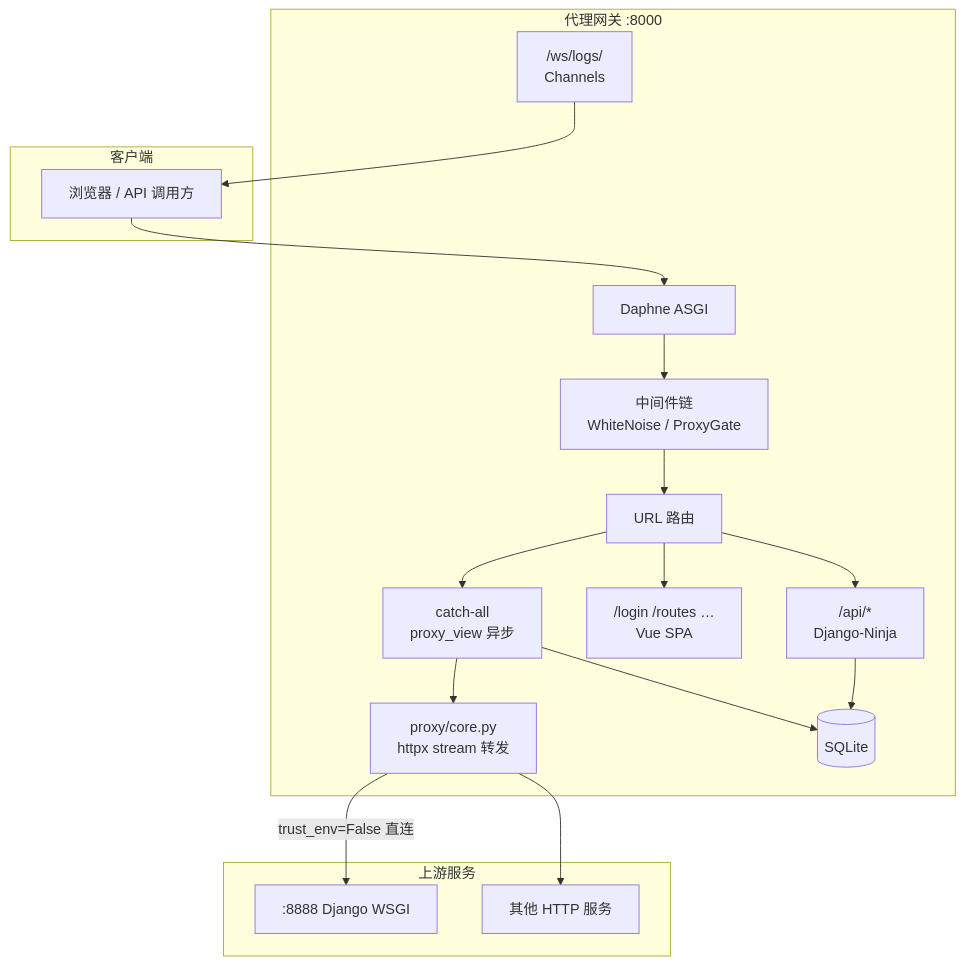
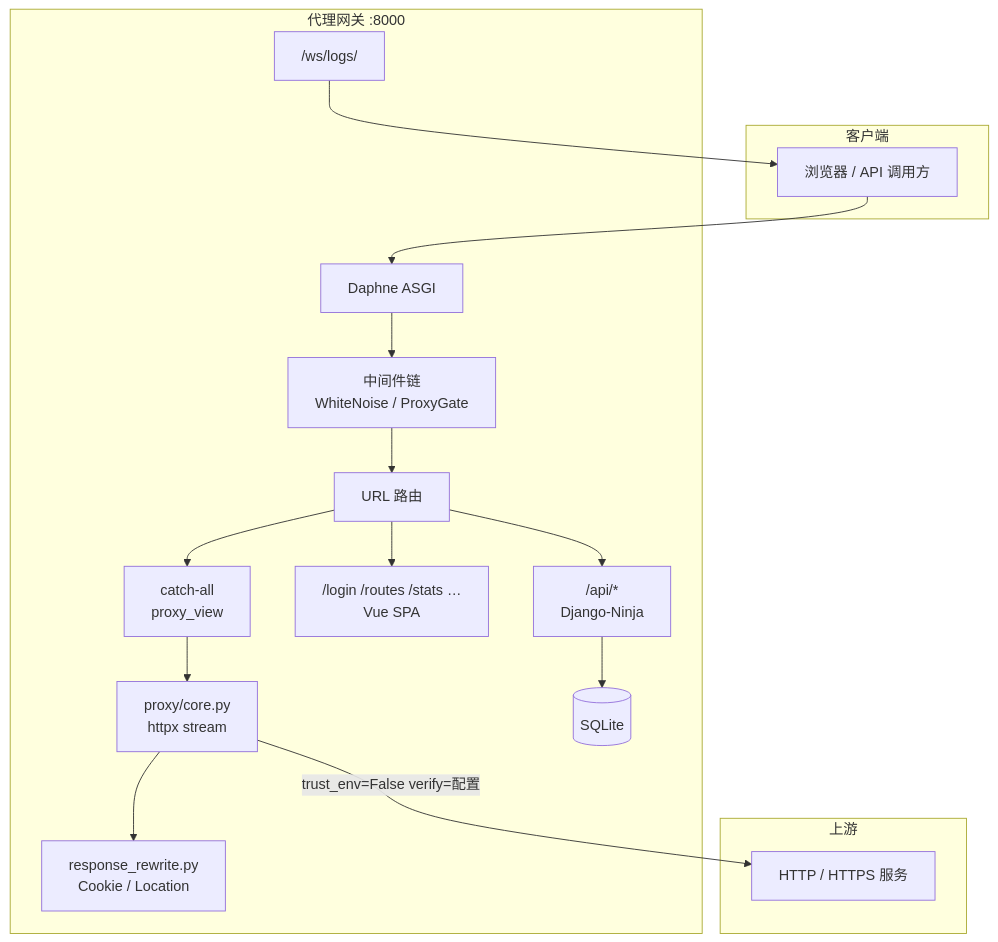
One commit to zhuddd/django_proxy changed the first of 2 diagrams in docs/项目文档.md. Above: the diagram before and after it, drawn with Mermaid. The commit also changed other lines of this file and 1 other file, not shown here.

````diff
--- a/docs/项目文档.md
+++ b/docs/项目文档.md
@@ -52,33 +55,31 @@
 ```mermaid
 flowchart TB
     subgraph Client["客户端"]
         Browser[浏览器 / API 调用方]
     end
 
     subgraph Gateway["代理网关 :8000"]
         Daphne[Daphne ASGI]
         MW[中间件链<br/>WhiteNoise / ProxyGate]
         URL[URL 路由]
         API["/api/*<br/>Django-Ninja"]
-        SPA["/login /routes …<br/>Vue SPA"]
-        Proxy["catch-all<br/>proxy_view 异步"]
-        Core[proxy/core.py<br/>httpx stream 转发]
+        SPA["/login /routes /stats …<br/>Vue SPA"]
+        Proxy["catch-all<br/>proxy_view"]
+        Core[proxy/core.py<br/>httpx stream]
+        Rewrite[response_rewrite.py<br/>Cookie / Location]
         DB[(SQLite)]
-        WS["/ws/logs/<br/>Channels"]
+        WS["/ws/logs/"]
     end
 
-    subgraph Upstream["上游服务"]
-        S1[":8888 Django WSGI"]
-        S2["其他 HTTP 服务"]
+    subgraph Upstream["上游"]
+        S1[HTTP / HTTPS 服务]
     end
 
     Browser --> Daphne --> MW --> URL
     URL --> API
     URL --> SPA
-    URL --> Proxy --> Core
-    Core -->|trust_env=False 直连| S1
-    Core --> S2
+    URL --> Proxy --> Core --> Rewrite
+    Core -->|trust_env=False verify=配置| S1
     API --> DB
-    Proxy --> DB
     WS --> Browser
 ```
````
